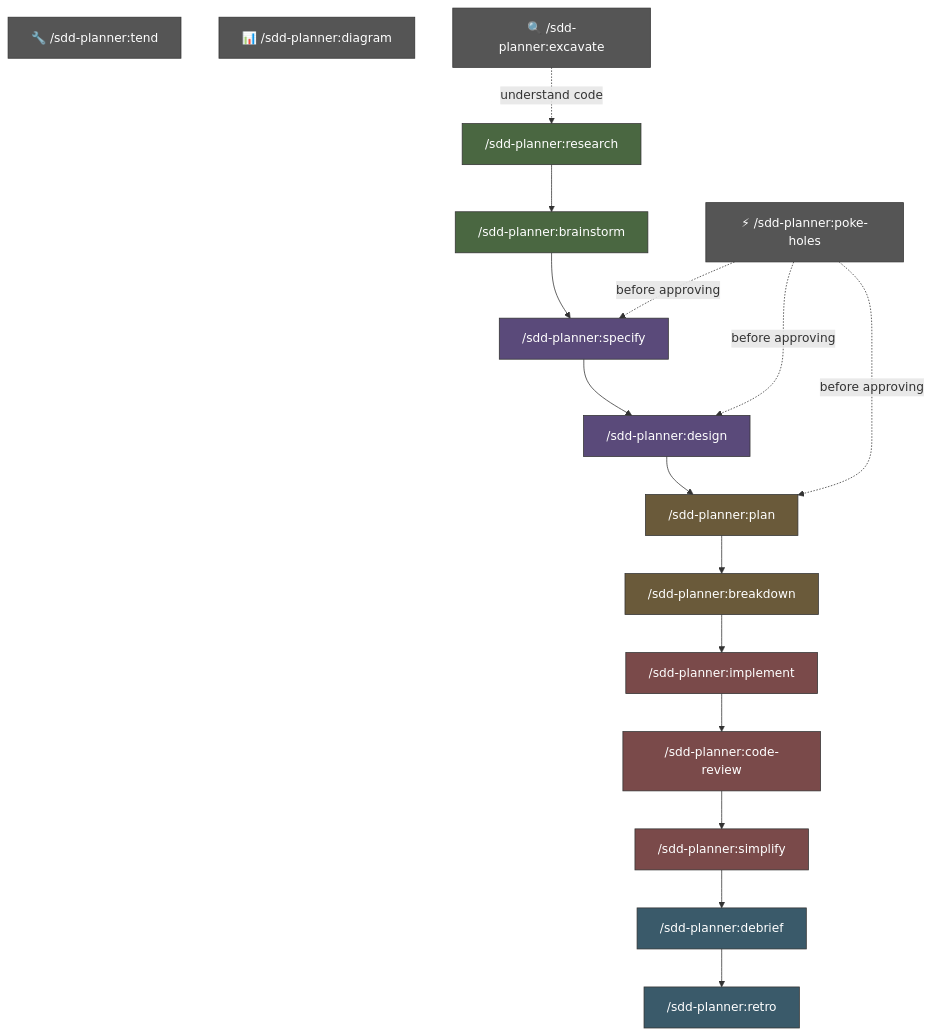
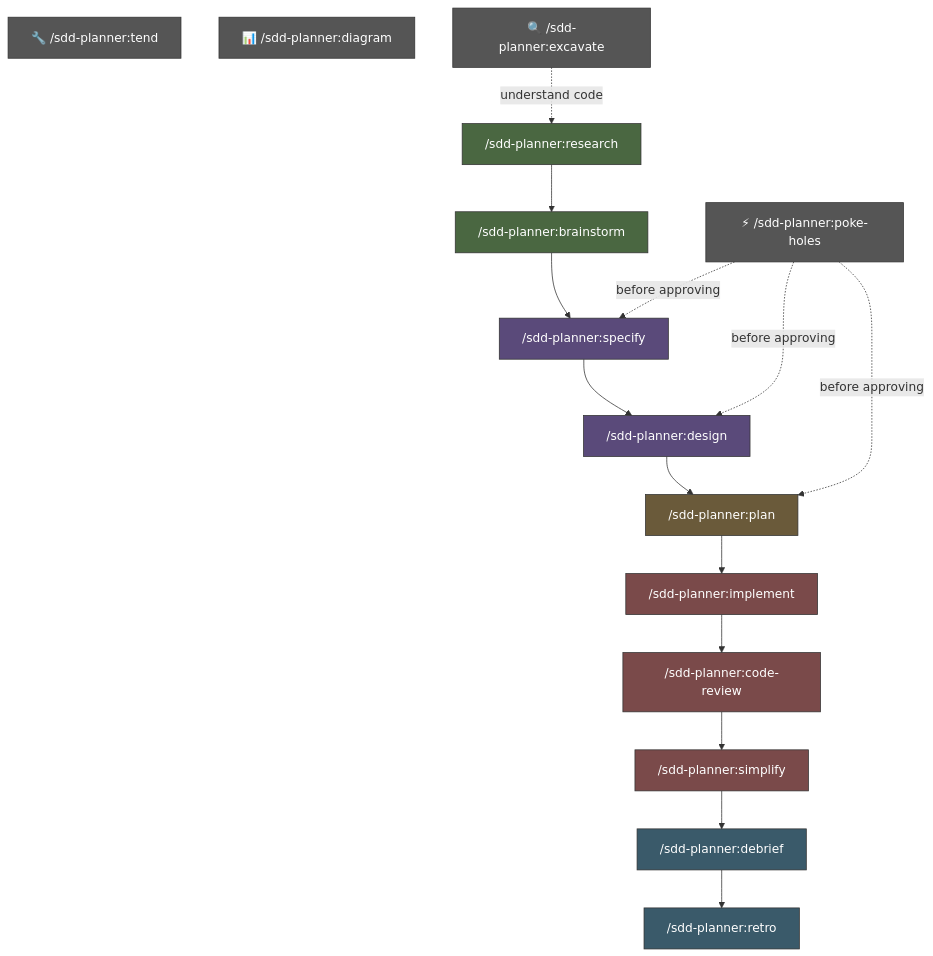
The second of 4 diagrams in README.md (danweinerdev/ai-agentic-sdd-planner), drawn with Mermaid before and after one commit. The commit also changed other lines of this file and 6 other files, not shown here.

First line of the commit message:
Fold /breakdown into /plan

````diff
--- a/README.md
+++ b/README.md
@@ -104,37 +103,36 @@
 ```mermaid
 graph TD
     research["/sdd-planner:research"] --> brainstorm["/sdd-planner:brainstorm"]
     brainstorm --> specify["/sdd-planner:specify"]
     specify --> design["/sdd-planner:design"]
     design --> plan["/sdd-planner:plan"]
-    plan --> breakdown["/sdd-planner:breakdown"]
-    breakdown --> implement["/sdd-planner:implement"]
+    plan --> implement["/sdd-planner:implement"]
     implement --> codereview["/sdd-planner:code-review"]
     codereview --> simplify["/sdd-planner:simplify"]
     simplify --> debrief["/sdd-planner:debrief"]
     debrief --> retro["/sdd-planner:retro"]
 
     poke["⚡ /sdd-planner:poke-holes"]
     tend["🔧 /sdd-planner:tend"]
     diagram["📊 /sdd-planner:diagram"]
     excavate["🔍 /sdd-planner:excavate"]
 
     poke -. "before approving" .-> specify
     poke -. "before approving" .-> design
     poke -. "before approving" .-> plan
     excavate -. "understand code" .-> research
 
     classDef discovery fill:#4a6741,stroke:#333,color:#fff
     classDef definition fill:#5a4a7a,stroke:#333,color:#fff
     classDef execution fill:#6a5a3a,stroke:#333,color:#fff
     classDef implementation fill:#7a4a4a,stroke:#333,color:#fff
     classDef review fill:#3a5a6a,stroke:#333,color:#fff
     classDef utility fill:#555,stroke:#333,color:#fff
 
     class research,brainstorm discovery
     class specify,design definition
-    class plan,breakdown execution
+    class plan execution
     class implement,codereview,simplify implementation
     class debrief,retro review
     class poke,tend,diagram,excavate utility
 ```
````
